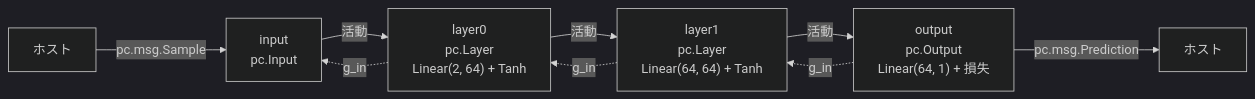
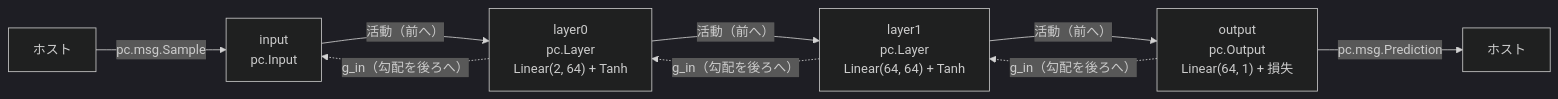
One commit to Geson-anko/mujou changed the diagram in docs/ja/tutorial/5-learn-with-pc.md. Above: the diagram before and after it, drawn with Mermaid (dark theme). The commit also changed other lines of this file and 49 other files, not shown here.

````diff
--- a/docs/ja/tutorial/5-learn-with-pc.md
+++ b/docs/ja/tutorial/5-learn-with-pc.md
@@ -49,11 +26,11 @@
 ```mermaid
 flowchart LR
     H1["ホスト"] -->|"pc.msg.Sample"| I["input<br/>pc.Input"]
-    I -->|"活動"| L0["layer0<br/>pc.Layer<br/>Linear(2, 64) + Tanh"]
-    L0 -->|"活動"| L1["layer1<br/>pc.Layer<br/>Linear(64, 64) + Tanh"]
-    L1 -->|"活動"| O["output<br/>pc.Output<br/>Linear(64, 1) + 損失"]
+    I -->|"活動（前へ）"| L0["layer0<br/>pc.Layer<br/>Linear(2, 64) + Tanh"]
+    L0 -->|"活動（前へ）"| L1["layer1<br/>pc.Layer<br/>Linear(64, 64) + Tanh"]
+    L1 -->|"活動（前へ）"| O["output<br/>pc.Output<br/>Linear(64, 1) + 損失"]
     O -->|"pc.msg.Prediction"| H2["ホスト"]
-    O -.->|"g_in"| L1
-    L1 -.->|"g_in"| L0
-    L0 -.->|"g_in"| I
+    O -.->|"g_in（勾配を後ろへ）"| L1
+    L1 -.->|"g_in（勾配を後ろへ）"| L0
+    L0 -.->|"g_in（勾配を後ろへ）"| I
 ```
````
